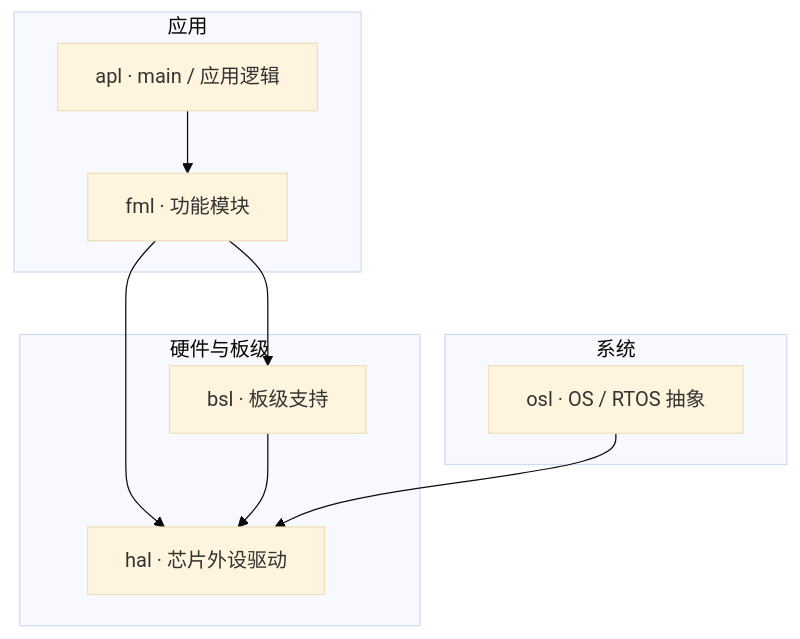
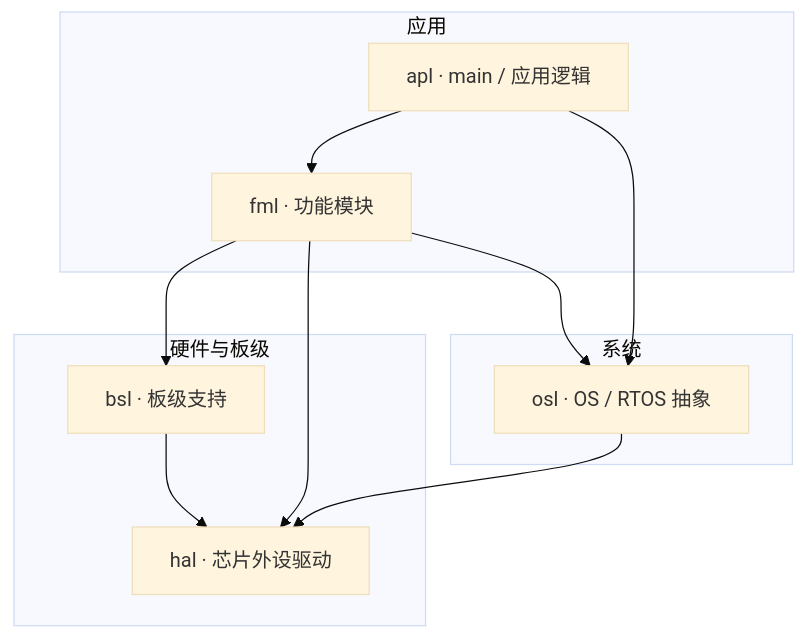
One commit to wanglinchen/stm32_freertos changed the first of 3 diagrams in .skills/设计手稿.md. Above: the diagram before and after it, drawn with Mermaid (base theme). The commit also changed other lines of this file and 27 other files, not shown here.

````diff
--- a/.skills/设计手稿.md
+++ b/.skills/设计手稿.md
@@ -51,19 +51,21 @@
 ```mermaid
 flowchart TB
     subgraph app["应用"]
         APL[apl · main / 应用逻辑]
         FML[fml · 功能模块]
     end
     subgraph hw["硬件与板级"]
         BSL[bsl · 板级支持]
         HAL[hal · 芯片外设驱动]
     end
     subgraph sys["系统"]
         OSL[osl · OS / RTOS 抽象]
     end
     APL --> FML
+    APL --> OSL
     FML --> BSL
     FML --> HAL
+    FML --> OSL
     BSL --> HAL
     OSL --> HAL
 ```
````
